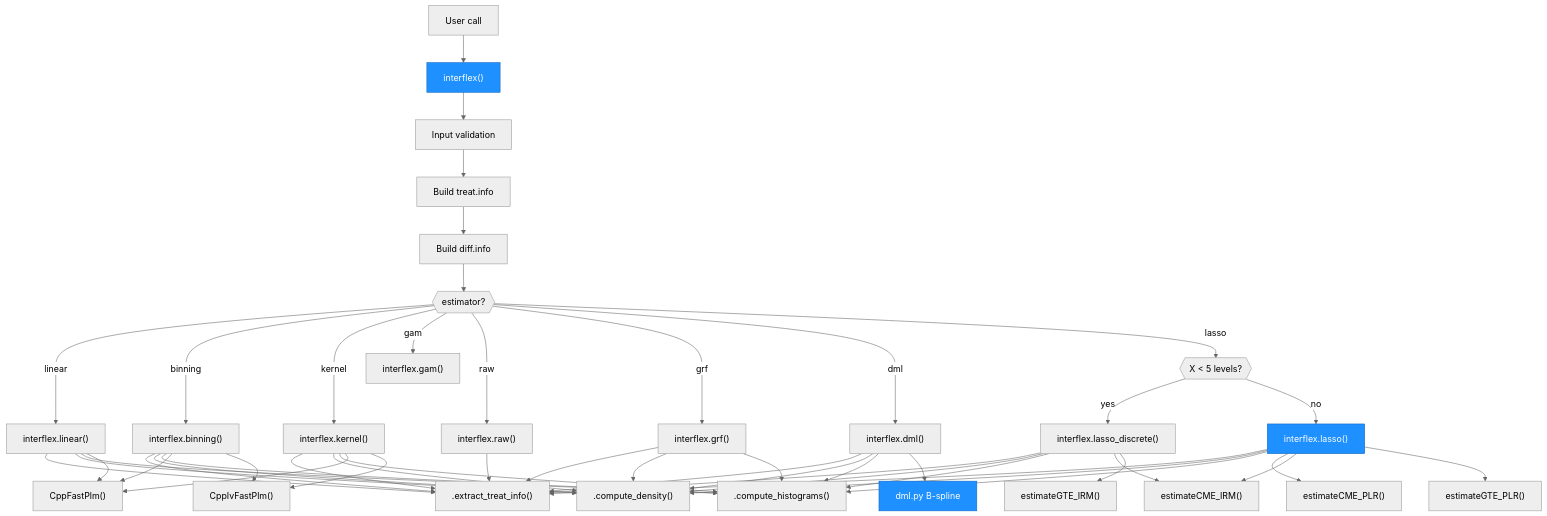
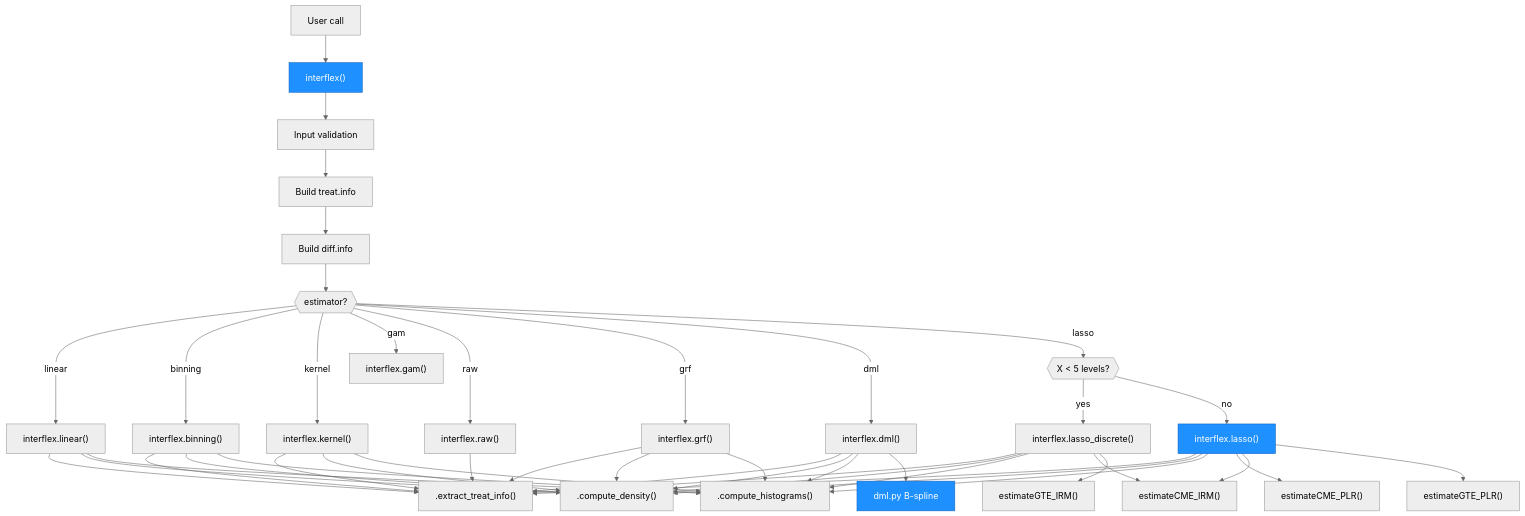
Before and after one commit to xuyiqing/interflex: the second of 4 diagrams in architecture.md, drawn with Mermaid. The commit also changed other lines of this file and 8 other files, not shown here.

````diff
--- a/architecture.md
+++ b/architecture.md
@@ -146,63 +134,57 @@
 ```mermaid
 %%{init: {'theme': 'neutral'}}%%
 graph TD
     USR["User call"] --> IFX["interflex()"]
     IFX --> VAL["Input validation"]
     VAL --> TI["Build treat.info"]
     TI --> DI["Build diff.info"]
     DI --> ROUTE{{"estimator?"}}
 
     ROUTE -- linear --> LIN["interflex.linear()"]
     ROUTE -- binning --> BIN["interflex.binning()"]
     ROUTE -- kernel --> KER["interflex.kernel()"]
     ROUTE -- gam --> GAM["interflex.gam()"]
     ROUTE -- raw --> RAW["interflex.raw()"]
     ROUTE -- grf --> GRF["interflex.grf()"]
     ROUTE -- dml --> DML["interflex.dml()"]
     ROUTE -- lasso --> LSPLIT{{"X < 5 levels?"}}
     LSPLIT -- yes --> LSD["interflex.lasso_discrete()"]
     LSPLIT -- no --> LAS["interflex.lasso()"]
 
     LIN --> ETI[".extract_treat_info()"]
     BIN --> ETI
     KER --> ETI
     GRF --> ETI
     DML --> ETI
     LAS --> ETI
     LSD --> ETI
     RAW --> ETI
 
     LIN --> CD[".compute_density()"]
     BIN --> CD
     KER --> CD
     GRF --> CD
     DML --> CD
     LAS --> CD
     LSD --> CD
 
     LIN --> CH[".compute_histograms()"]
     BIN --> CH
     KER --> CH
     GRF --> CH
     DML --> CH
     LAS --> CH
     LSD --> CH
 
-    LIN --> FPM["CppFastPlm()"]
-    BIN --> FPM
-    KER --> FPM
-    BIN --> IVF["CppIvFastPlm()"]
-    KER --> IVF
-
     LAS --> CME_P["estimateCME_PLR()"]
     LAS --> CME_I["estimateCME_IRM()"]
     LAS --> GTE_P["estimateGTE_PLR()"]
     LSD --> CME_I
     LSD --> GTE_I["estimateGTE_IRM()"]
 
     DML --> DMLPY["dml.py B-spline"]
 
     style IFX fill:#1e90ff,stroke:#1565c0,color:#fff
     style LAS fill:#1e90ff,stroke:#1565c0,color:#fff
     style DMLPY fill:#1e90ff,stroke:#1565c0,color:#fff
 ```
````
